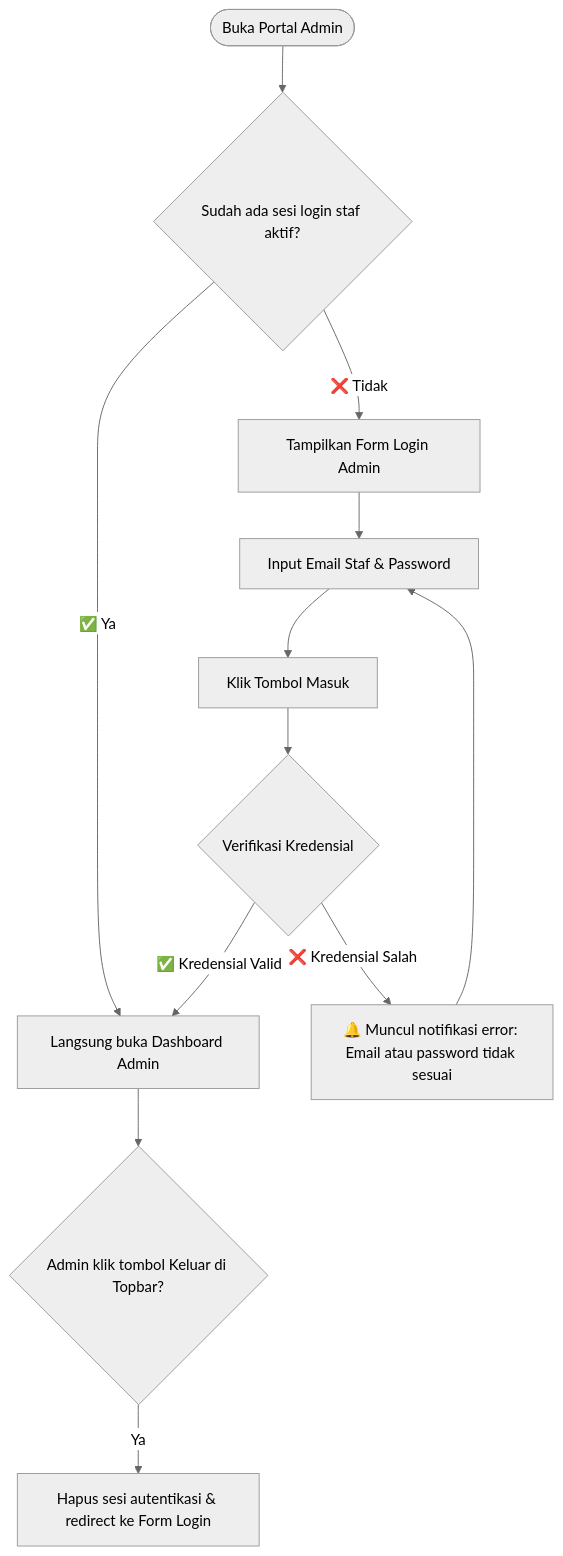
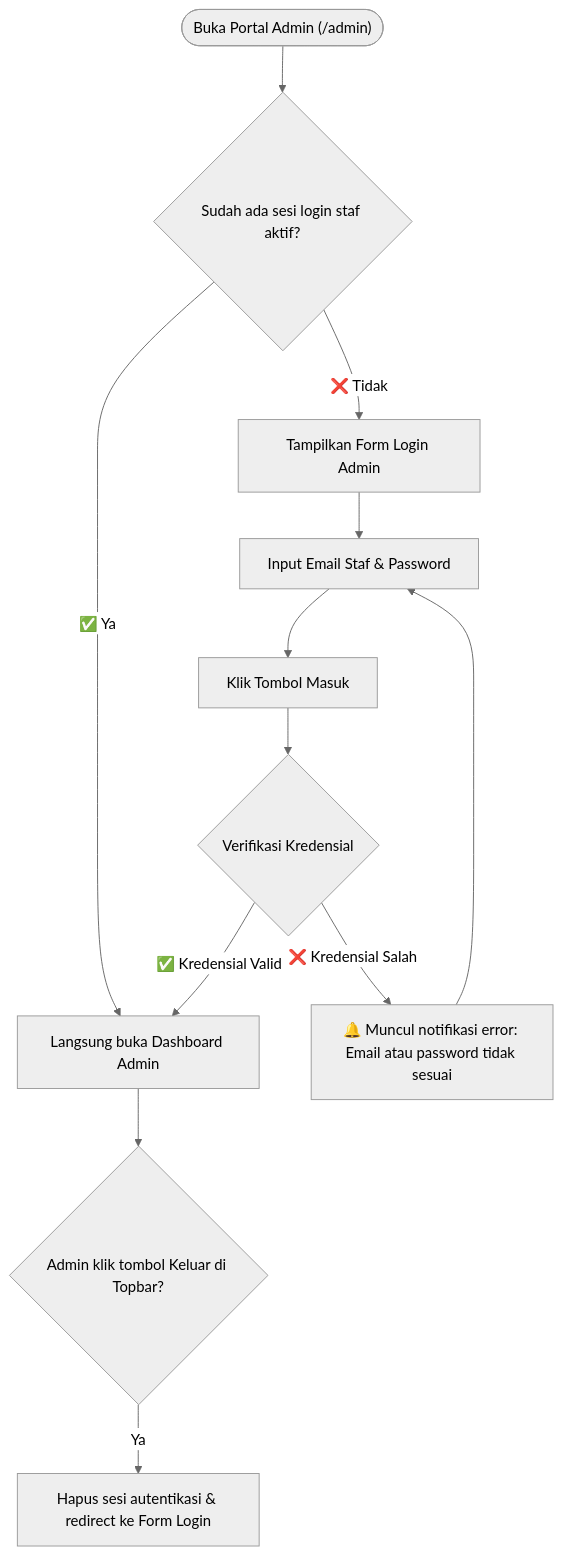
One commit to septianof/up-speaking changed the fourth of 8 diagrams in UI_FLOW.md. Above: the diagram before and after it, drawn with Mermaid (neutral theme). The commit also changed other lines of this file and 3 other files, not shown here.

Commit message:
docs(specs): perbarui prd, ui-flow, task-breakdown, dan product.md untuk kebutuhan jenjang dan matrix level

````diff
--- a/UI_FLOW.md
+++ b/UI_FLOW.md
@@ -206,17 +216,17 @@
 ```mermaid
 flowchart TD
-    A(["Buka Portal Admin"]) --> B{"Sudah ada sesi login staf aktif?"}
+    A(["Buka Portal Admin (/admin)"]) --> B{"Sudah ada sesi login staf aktif?"}
     B -->|✅ Ya| C["Langsung buka Dashboard Admin"]
     B -->|❌ Tidak| D["Tampilkan Form Login Admin"]
 
     D --> E["Input Email Staf & Password"]
     E --> F["Klik Tombol Masuk"]
 
     F --> G{"Verifikasi Kredensial"}
     G -->|❌ Kredensial Salah| H["🔔 Muncul notifikasi error: Email atau password tidak sesuai"]
     H --> E
     G -->|✅ Kredensial Valid| C
 
     C --> I{"Admin klik tombol Keluar di Topbar?"}
     I -->|Ya| J["Hapus sesi autentikasi & redirect ke Form Login"]
 ```
````
